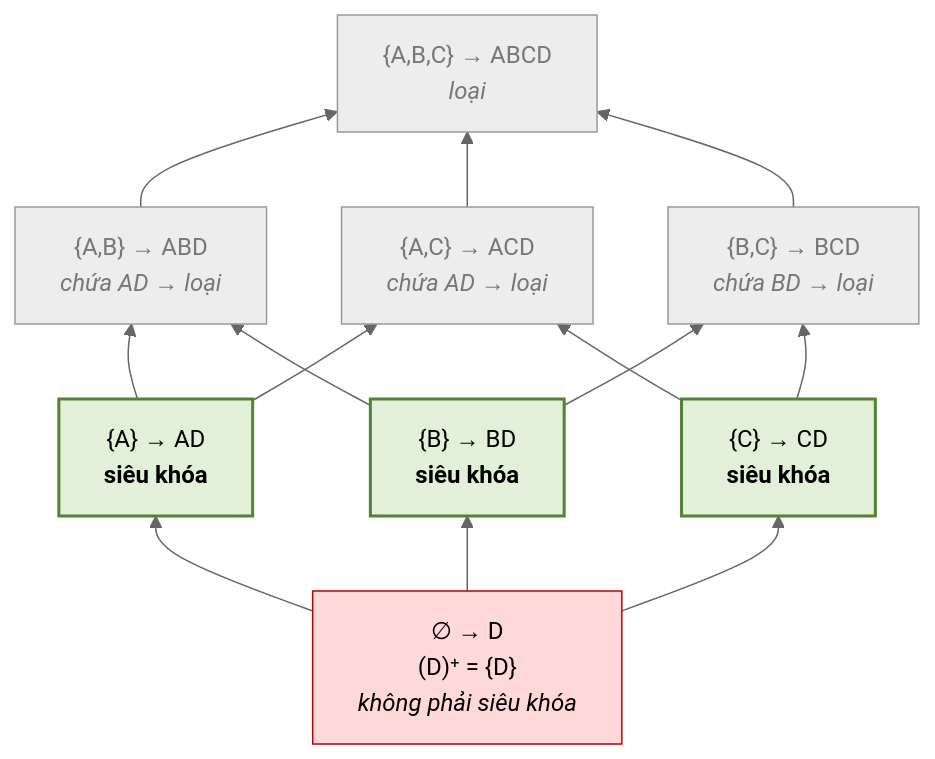
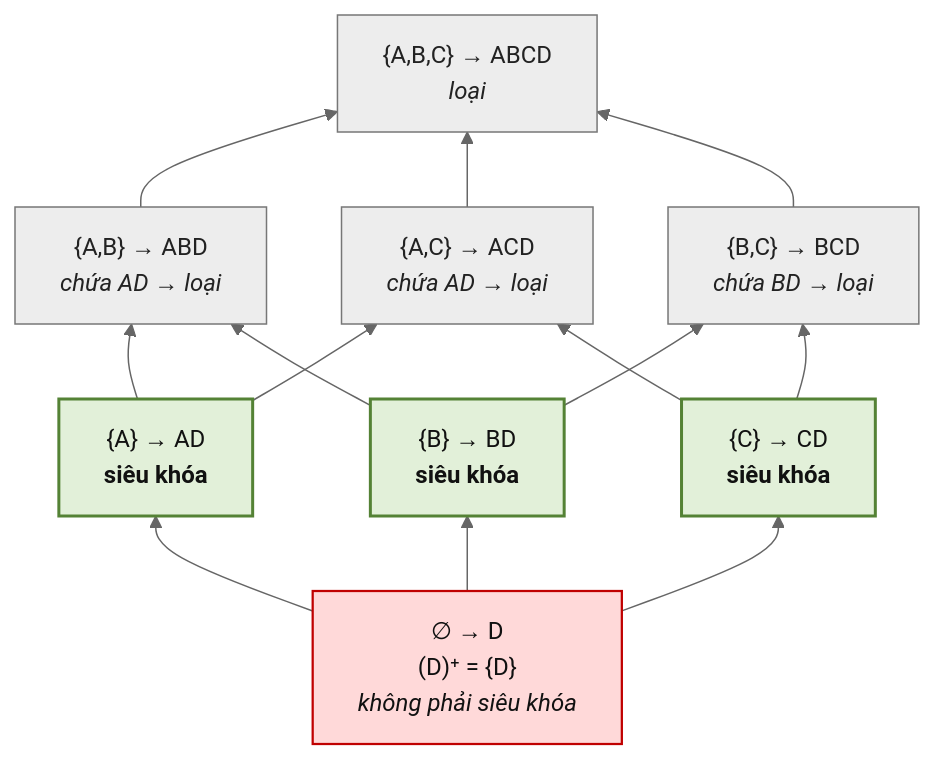
Before and after one commit to CuongNguyenDAU/csdl-dbs201: the second of 2 diagrams in docs/chuong-5/5-5-thuat-toan-tim-khoa.md, drawn with Mermaid (neutral theme). The commit also changed other lines of this file and 123 other files, not shown here.

Commit message:
Cập nhật bài giảng v7: sơ đồ ER ký pháp Chen, hình minh họa tự vẽ, mở rộng toàn diện Chương 5 và bổ sung lời giải A4, B5

````diff
--- a/docs/chuong-5/5-5-thuat-toan-tim-khoa.md
+++ b/docs/chuong-5/5-5-thuat-toan-tim-khoa.md
@@ -129,31 +131,31 @@
 ```mermaid
 flowchart BT
     E["∅ → D<br/>(D)⁺ = {D}<br/><i>không phải siêu khóa</i>"]
     A["{A} → AD<br/><b>siêu khóa</b>"]
     B["{B} → BD<br/><b>siêu khóa</b>"]
     C["{C} → CD<br/><b>siêu khóa</b>"]
     AB["{A,B} → ABD<br/><i>chứa AD → loại</i>"]
     AC["{A,C} → ACD<br/><i>chứa AD → loại</i>"]
     BC["{B,C} → BCD<br/><i>chứa BD → loại</i>"]
     ABC["{A,B,C} → ABCD<br/><i>loại</i>"]
     E --> A
     E --> B
     E --> C
     A --> AB
     A --> AC
     B --> AB
     B --> BC
     C --> AC
     C --> BC
     AB --> ABC
     AC --> ABC
     BC --> ABC
-    style E fill:#FFD9D9,stroke:#C00000
-    style A fill:#E2F0D9,stroke:#548235,stroke-width:2px
-    style B fill:#E2F0D9,stroke:#548235,stroke-width:2px
-    style C fill:#E2F0D9,stroke:#548235,stroke-width:2px
-    style AB fill:#EDEDED,stroke:#999,color:#777
-    style AC fill:#EDEDED,stroke:#999,color:#777
-    style BC fill:#EDEDED,stroke:#999,color:#777
-    style ABC fill:#EDEDED,stroke:#999,color:#777
+    style E fill:#FFD9D9,color:#111111,stroke:#C00000,stroke-width:1.5px
+    style A fill:#E2F0D9,color:#111111,stroke:#548235,stroke-width:2px
+    style B fill:#E2F0D9,color:#111111,stroke:#548235,stroke-width:2px
+    style C fill:#E2F0D9,color:#111111,stroke:#548235,stroke-width:2px
+    style AB fill:#EDEDED,color:#222222,stroke:#777777
+    style AC fill:#EDEDED,color:#222222,stroke:#777777
+    style BC fill:#EDEDED,color:#222222,stroke:#777777
+    style ABC fill:#EDEDED,color:#222222,stroke:#777777
 ```
````
